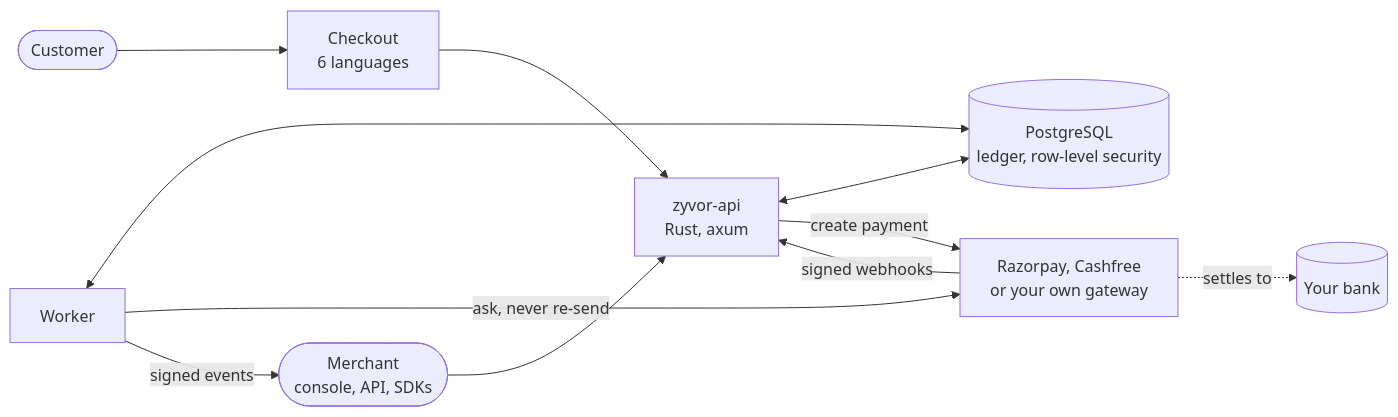
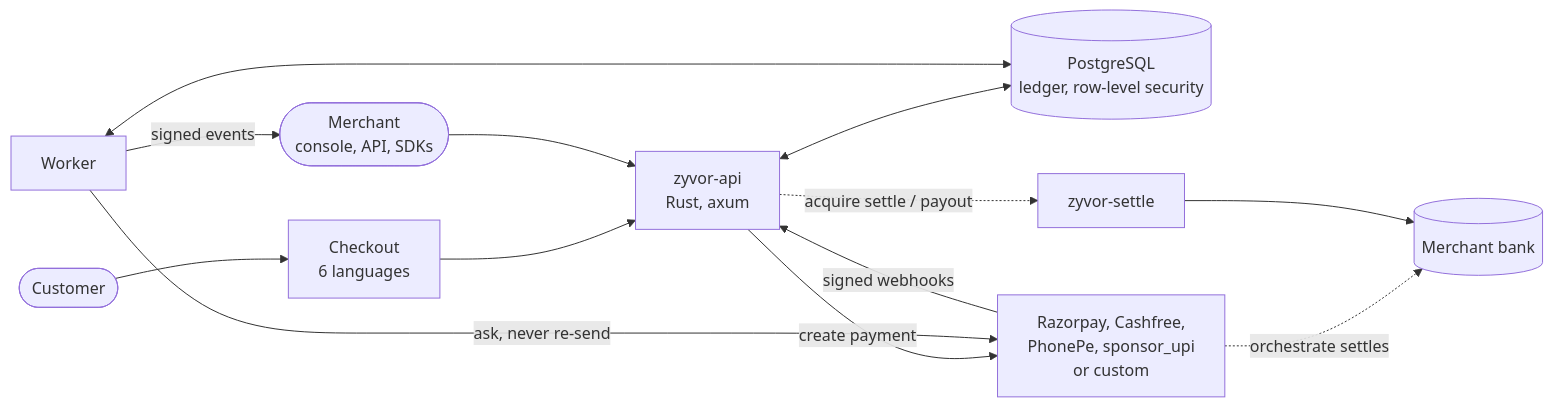
Before and after one commit to zyvorai/vayora: the first of 2 diagrams in README.md, drawn with Mermaid. The commit also changed other lines of this file and 12 other files, not shown here.

````diff
--- a/README.md
+++ b/README.md
@@ -41,13 +42,15 @@
 ```mermaid
 flowchart LR
   C([Customer]) --> CK[Checkout<br/>6 languages]
   CK --> API[zyvor-api<br/>Rust, axum]
   M([Merchant<br/>console, API, SDKs]) --> API
   API <--> DB[(PostgreSQL<br/>ledger, row-level security)]
   W[Worker] <--> DB
-  API -- create payment --> P[Razorpay, Cashfree<br/>or your own gateway]
+  API -- create payment --> P[Razorpay, Cashfree,<br/>PhonePe, sponsor_upi<br/>or custom]
   P -- signed webhooks --> API
   W -- ask, never re-send --> P
   W -- signed events --> M
-  P -. settles to .-> B[(Your bank)]
+  P -. orchestrate settles .-> B[(Merchant bank)]
+  API -. acquire settle / payout .-> Rail[zyvor-settle]
+  Rail --> B
 ```
````
